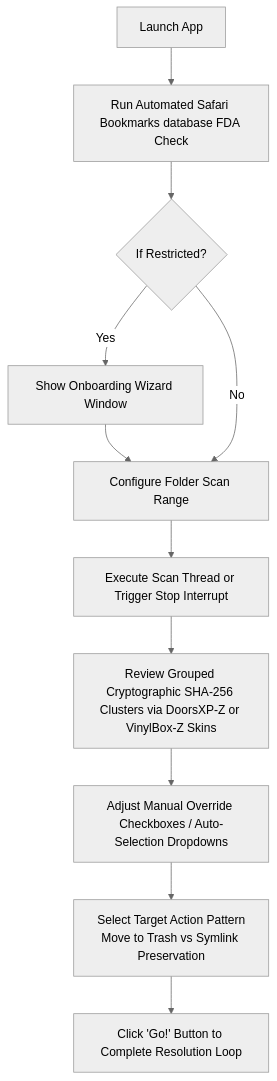
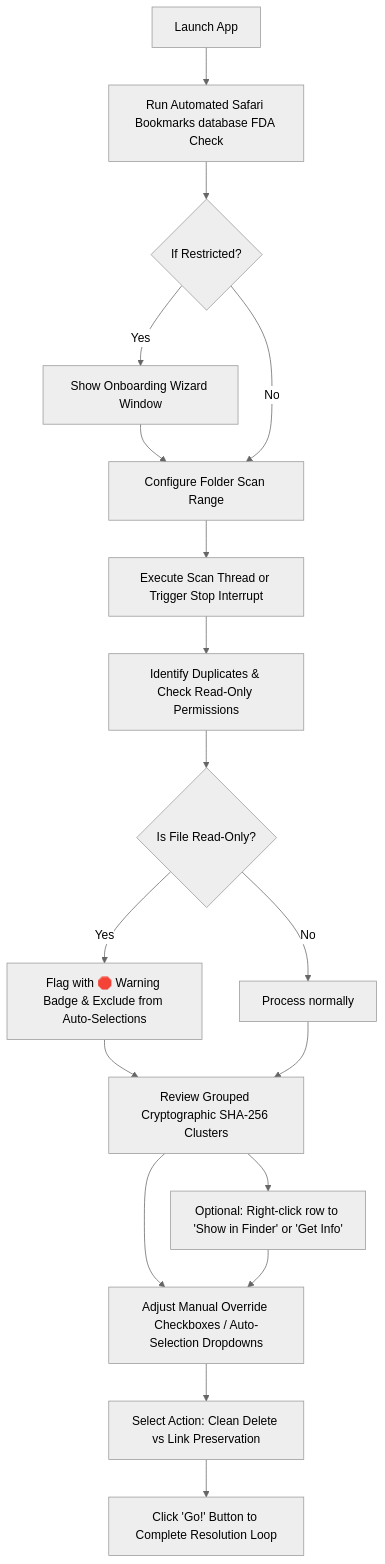
Before and after one commit to notmnky/auDO-File-Z: the diagram in README.md, drawn with Mermaid (neutral theme). The commit also changed other lines of this file and 2 other files, not shown here.

Commit message:
feat: implement read-only protections, warning badges, and auto-selection exclusions (v9000.3)
- Backend (Rust): Modified crawler and duplicate scanner to fetch read-only state using meta.permissions().readonly() and carried it into the DuplicateFile structure.
- Frontend (TSX): Updated UI to read the new read_only flag. Excluded read-only files from auto-selection modes. Added 🛑 warning badge next to read-only checkboxes with custom tooltips.
- Status Bar: Modified bottom bar to append '🛑 Notice: Read-only files found in clusters' in the idle reclaimed size metrics when one or more read-only files exist in the scan results. Expanded container width to w-[450px] for spacing.
- Documentation: Updated Mermaid flowchart and safety mitigations section in README.md to describe these safeguards. Updated version to 9000.3.

````diff
--- a/README.md
+++ b/README.md
@@ -49,13 +49,20 @@
 ```mermaid
 graph TD
     A[Launch App] --> B[Run Automated Safari Bookmarks database FDA Check]
     B --> C{If Restricted?}
     C -- Yes --> D[Show Onboarding Wizard Window]
     D --> E[Configure Folder Scan Range]
     C -- No --> E
     E --> F[Execute Scan Thread or Trigger Stop Interrupt]
-    F --> G[Review Grouped Cryptographic SHA-256 Clusters via DoorsXP-Z or VinylBox-Z Skins]
-    G --> H[Adjust Manual Override Checkboxes / Auto-Selection Dropdowns]
-    H --> I[Select Target Action Pattern<br>Move to Trash vs Symlink Preservation]
-    I --> J[Click 'Go!' Button to Complete Resolution Loop]
+    F --> G[Identify Duplicates & Check Read-Only Permissions]
+    G --> H{Is File Read-Only?}
+    H -- Yes --> I[Flag with 🛑 Warning Badge & Exclude from Auto-Selections]
+    H -- No --> J[Process normally]
+    I --> K[Review Grouped Cryptographic SHA-256 Clusters]
+    J --> K
+    K --> L[Optional: Right-click row to 'Show in Finder' or 'Get Info']
+    K --> M[Adjust Manual Override Checkboxes / Auto-Selection Dropdowns]
+    L --> M
+    M --> N[Select Action: Clean Delete vs Link Preservation]
+    N --> O[Click 'Go!' Button to Complete Resolution Loop]
 ```
````
